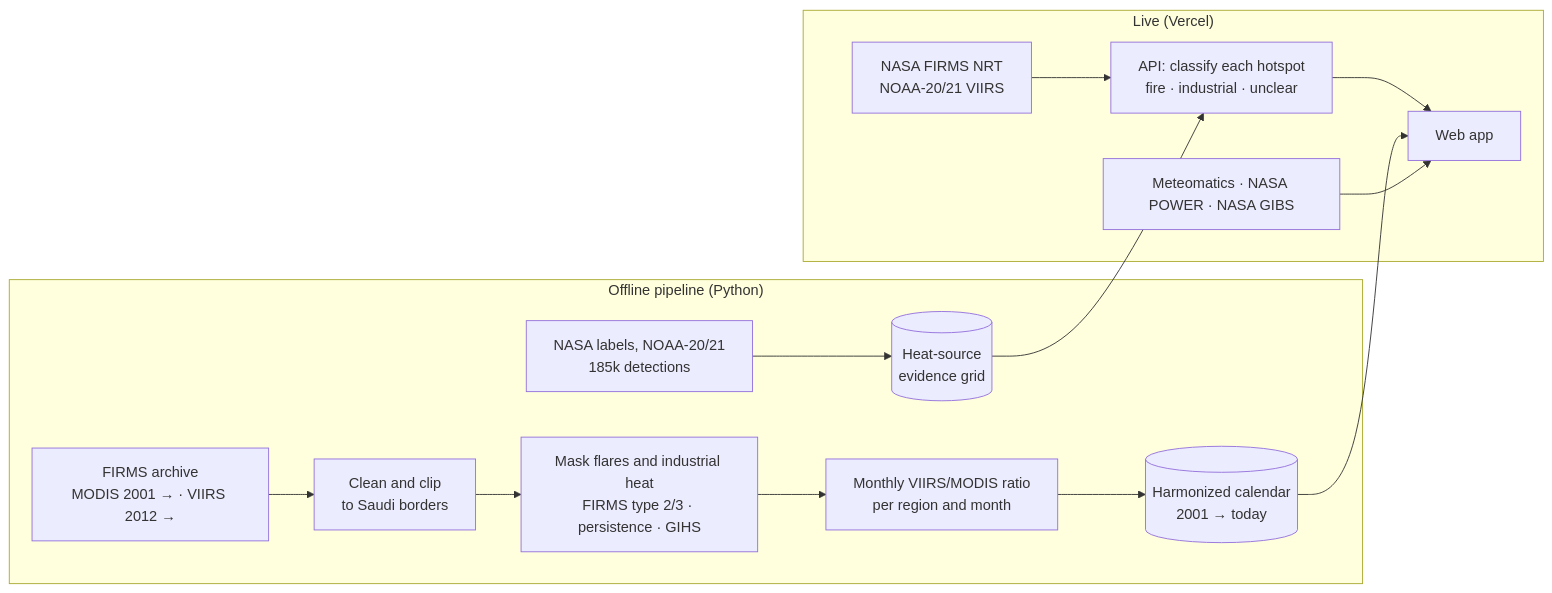
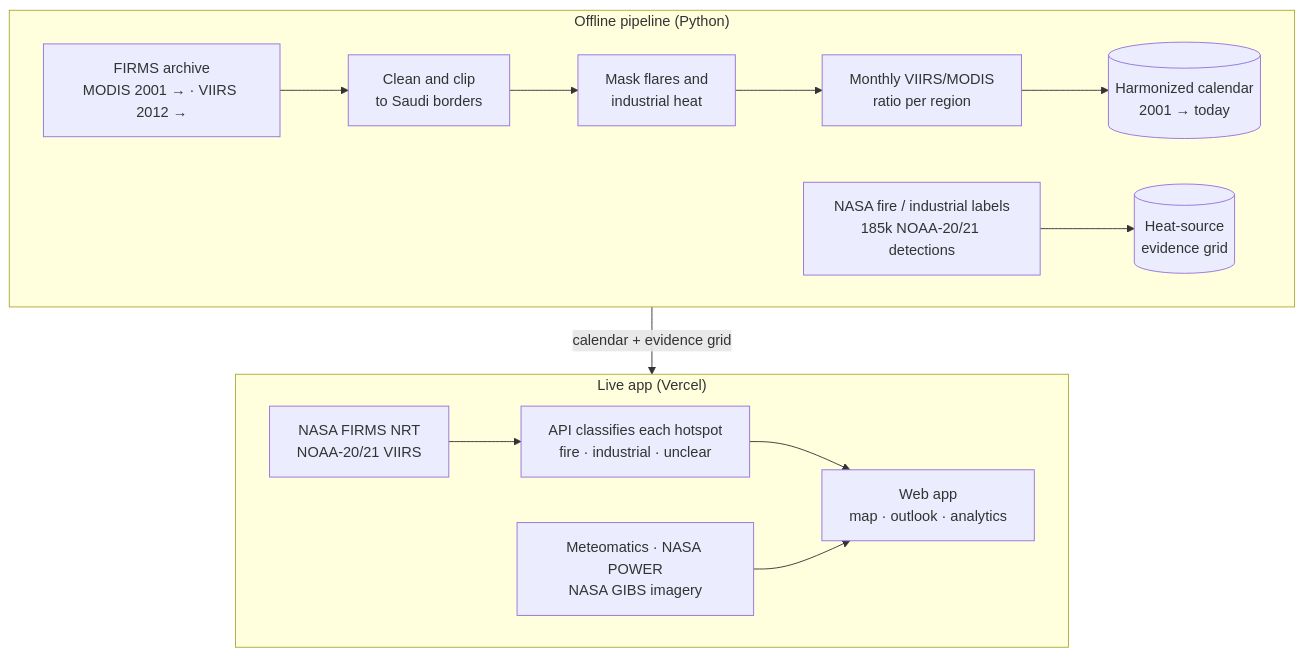
One commit to abdullah2036/FireGaurdian changed the diagram in README.md. Above: the diagram before and after it, drawn with Mermaid. The commit also changed other lines of this file, not shown here.

Commit message:
Improve README diagram

````diff
--- a/README.md
+++ b/README.md
@@ -91,17 +91,18 @@
 ```mermaid
-flowchart LR
+flowchart TB
   subgraph OFF["Offline pipeline (Python)"]
+    direction LR
     A["FIRMS archive<br/>MODIS 2001 → · VIIRS 2012 →"] --> B["Clean and clip<br/>to Saudi borders"]
-    B --> C["Mask flares and industrial heat<br/>FIRMS type 2/3 · persistence · GIHS"]
-    C --> D["Monthly VIIRS/MODIS ratio<br/>per region and month"]
+    B --> C["Mask flares and<br/>industrial heat"]
+    C --> D["Monthly VIIRS/MODIS<br/>ratio per region"]
     D --> E[("Harmonized calendar<br/>2001 → today")]
-    L["NASA labels, NOAA-20/21<br/>185k detections"] --> F[("Heat-source<br/>evidence grid")]
+    L["NASA fire / industrial labels<br/>185k NOAA-20/21 detections"] --> F[("Heat-source<br/>evidence grid")]
   end
-  subgraph LIVE["Live (Vercel)"]
-    G["NASA FIRMS NRT<br/>NOAA-20/21 VIIRS"] --> H["API: classify each hotspot<br/>fire · industrial · unclear"]
-    F --> H
-    H --> I["Web app"]
-    E --> I
-    W["Meteomatics · NASA POWER · NASA GIBS"] --> I
+  subgraph LIVE["Live app (Vercel)"]
+    direction LR
+    G["NASA FIRMS NRT<br/>NOAA-20/21 VIIRS"] --> H["API classifies each hotspot<br/>fire · industrial · unclear"]
+    H --> I["Web app<br/>map · outlook · analytics"]
+    W["Meteomatics · NASA POWER<br/>NASA GIBS imagery"] --> I
   end
+  OFF -- "calendar + evidence grid" --> LIVE
 ```
````
